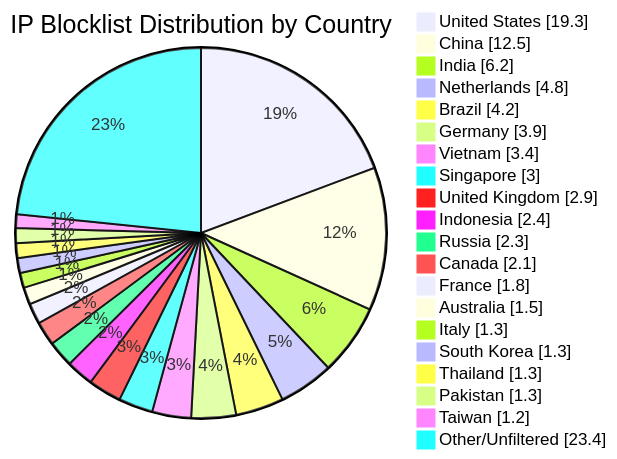
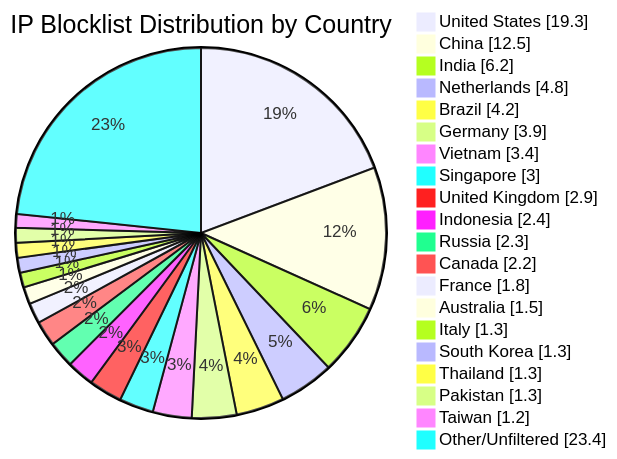
Before and after one commit to dewdmadbro/ip-blocklist-dewd: the diagram in README.md, drawn with Mermaid. The commit also changed other lines of this file and 53 other files, not shown here.

````diff
--- a/README.md
+++ b/README.md
@@ -34,23 +34,23 @@
 ```mermaid
 pie showData title IP Blocklist Distribution by Country
 "United States" : 19.3
 "China" : 12.5
 "India" : 6.2
 "Netherlands" : 4.8
 "Brazil" : 4.2
 "Germany" : 3.9
 "Vietnam" : 3.4
 "Singapore" : 3.0
 "United Kingdom" : 2.9
 "Indonesia" : 2.4
 "Russia" : 2.3
-"Canada" : 2.1
+"Canada" : 2.2
 "France" : 1.8
 "Australia" : 1.5
 "Italy" : 1.3
 "South Korea" : 1.3
 "Thailand" : 1.3
 "Pakistan" : 1.3
 "Taiwan" : 1.2
 "Other/Unfiltered" : 23.4
 ```
````
